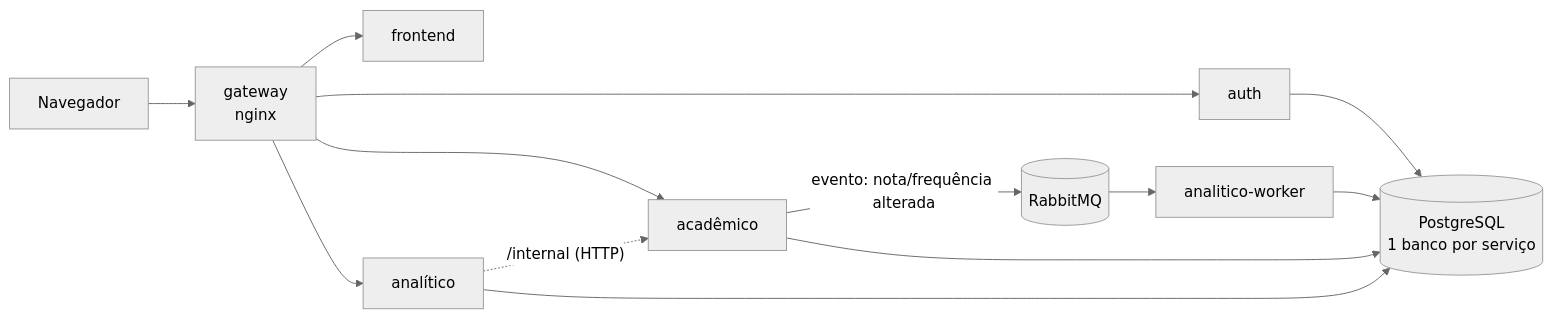
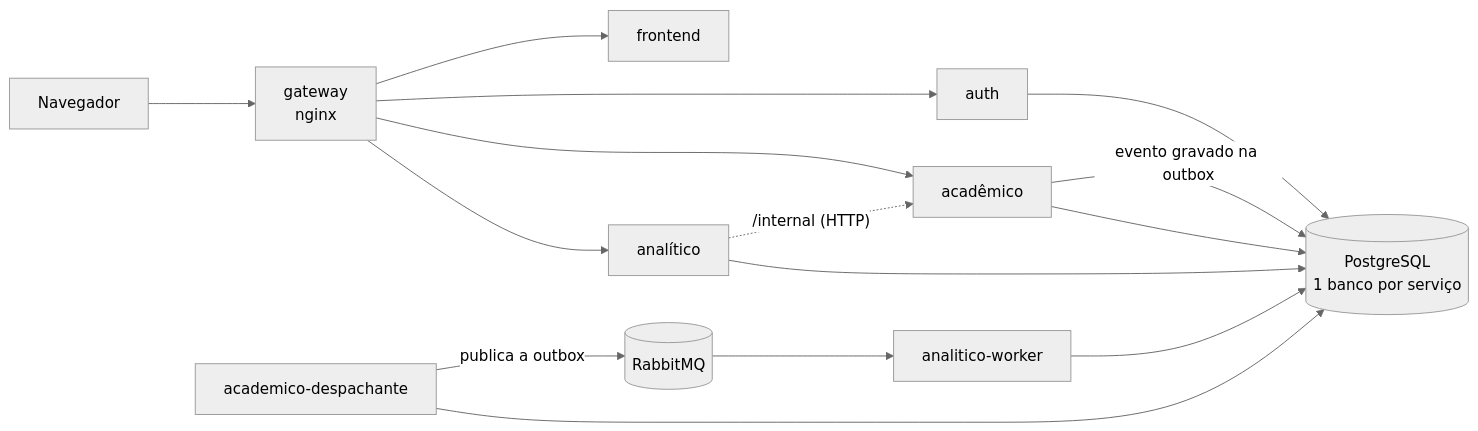
The diagram in README.md (Victorfiallho/simpa), drawn with Mermaid (neutral theme) before and after one commit. The commit also changed other lines of this file, not shown here.

Commit message:
docs(readme): despachante, monitoramento, ambientes de teste, backup e novos documentos

````diff
--- a/README.md
+++ b/README.md
@@ -18,15 +18,17 @@
 ```mermaid
 flowchart LR
     U[Navegador] --> GW[gateway<br/>nginx]
     GW --> FE[frontend]
     GW --> AUTH[auth]
     GW --> ACAD[acadêmico]
     GW --> ANA[analítico]
-    ACAD -- "evento: nota/frequência alterada" --> MQ[(RabbitMQ)]
+    ACAD -- "evento gravado na outbox" --> DB
+    DSP[academico-despachante] -- "publica a outbox" --> MQ[(RabbitMQ)]
     MQ --> WK[analitico-worker]
     ANA -. "/internal (HTTP)" .-> ACAD
     AUTH --> DB[(PostgreSQL<br/>1 banco por serviço)]
     ACAD --> DB
     ANA --> DB
+    DSP --> DB
     WK --> DB
 ```
````
